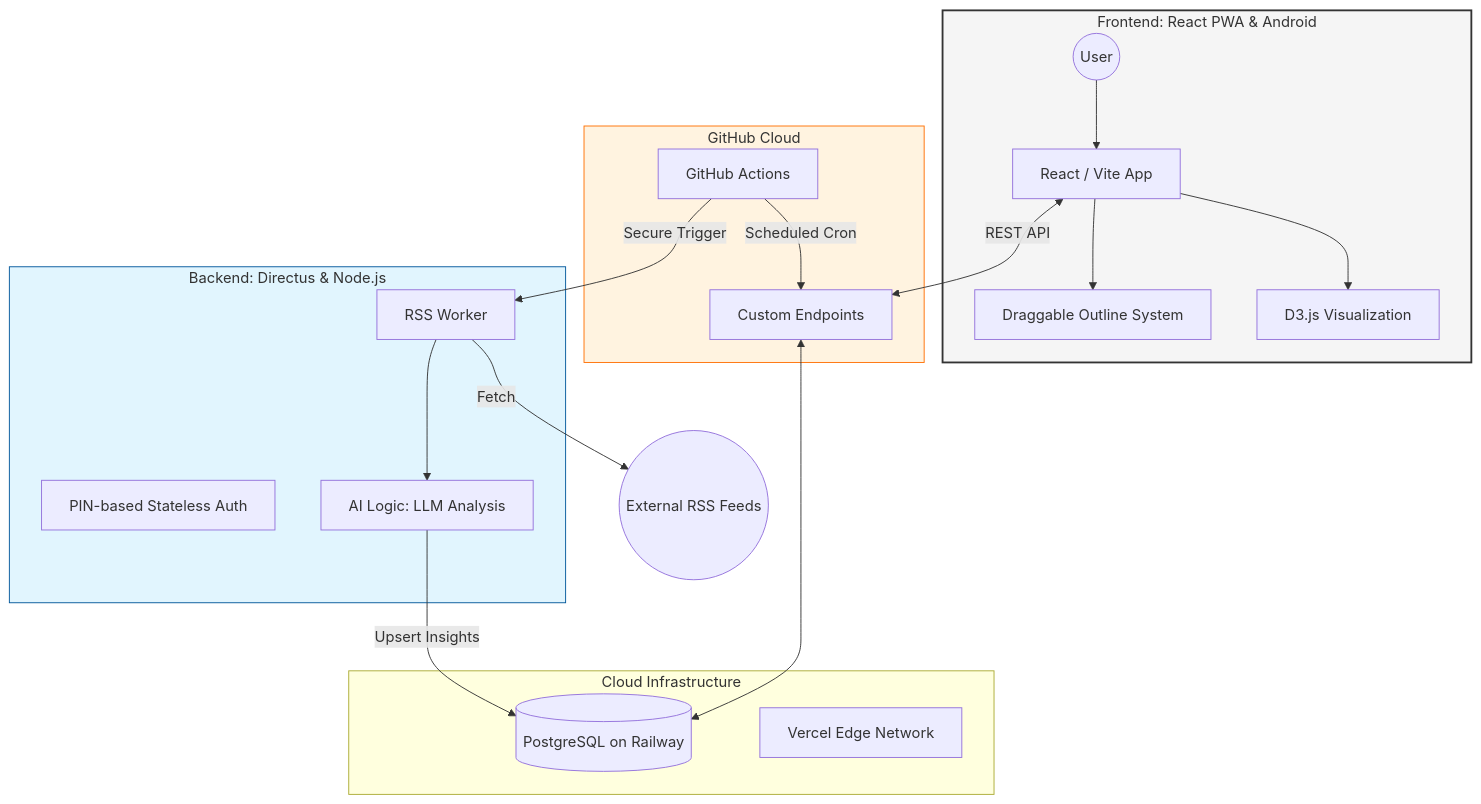
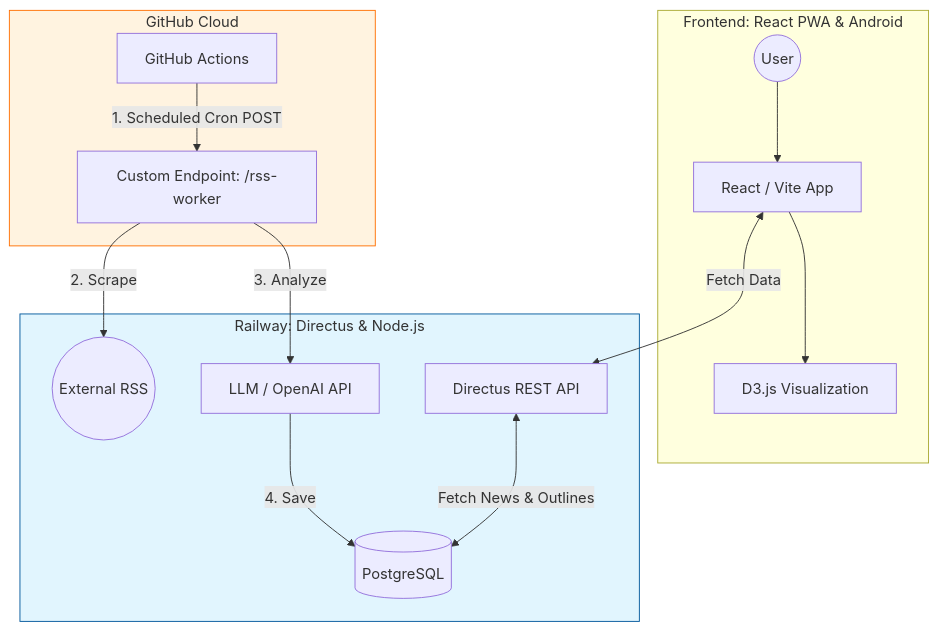
Before and after one commit to yilizzz/outliner: the diagram in README.md, drawn with Mermaid. The commit also changed other lines of this file, not shown here.

Commit message:
mermaid graph

````diff
--- a/README.md
+++ b/README.md
@@ -24,41 +27,29 @@
 ```mermaid
 graph TD
     %% Client Side
     subgraph Client_Layer [Frontend: React PWA & Android]
         User((User)) --> PWA[React / Vite App]
         PWA --> D3[D3.js Visualization]
-        PWA --> DnD[Draggable Outline System]
     end
 
-    %% Automation
-    subgraph Automation [GitHub Cloud]
-        GA[GitHub Actions] -->|Scheduled Cron| API
+    %% GitHub Actions (The Trigger)
+    subgraph GitHub_Cloud [GitHub Cloud]
+        GA[GitHub Actions] -->|1. Scheduled Cron POST| CE
     end
 
-    %% Backend
-    subgraph Backend_Layer [Backend: Directus & Node.js]
-        API[Custom Endpoints]
-        Auth[PIN-based Stateless Auth]
-        Worker[RSS Worker]
-        AI[AI Logic: LLM Analysis]
+    %% Backend Service
+    subgraph Railway_Cloud [Railway: Directus & Node.js]
+        CE[Custom Endpoint: /rss-worker] -->|2. Scrape| RSS((External RSS))
+        CE -->|3. Analyze| AI[LLM / OpenAI API]
+        AI -->|4. Save| DB[(PostgreSQL)]
+
+        API[Directus REST API] <-->|Fetch News & Outlines| DB
     end
 
-    %% Infrastructure
-    subgraph Infrastructure [Cloud Infrastructure]
-        DB[(PostgreSQL on Railway)]
-        Vercel[Vercel Edge Network]
-    end
+    %% Frontend Interaction
+    PWA <-->|Fetch Data| API
 
-    %% Connections
-    PWA <-->|REST API| API
-    GA -->|Secure Trigger| Worker
-    Worker -->|Fetch| RSS((External RSS Feeds))
-    Worker --> AI
-    AI -->|Upsert Insights| DB
-    API <--> DB
-
-    %% Styling
-    style Client_Layer fill:#f5f5f5,stroke:#333,stroke-width:2px
-    style Backend_Layer fill:#e1f5fe,stroke:#01579b
-    style Automation fill:#fff3e0,stroke:#ff6f00
+    %% Styles
+    style GitHub_Cloud fill:#fff3e0,stroke:#ff6f00
+    style Railway_Cloud fill:#e1f5fe,stroke:#01579b
 ```
````
